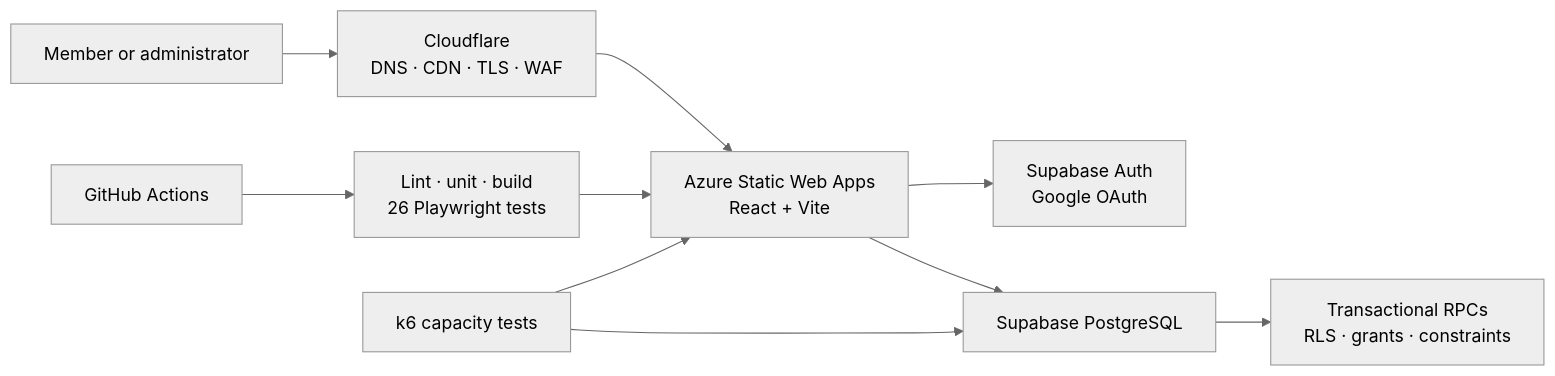
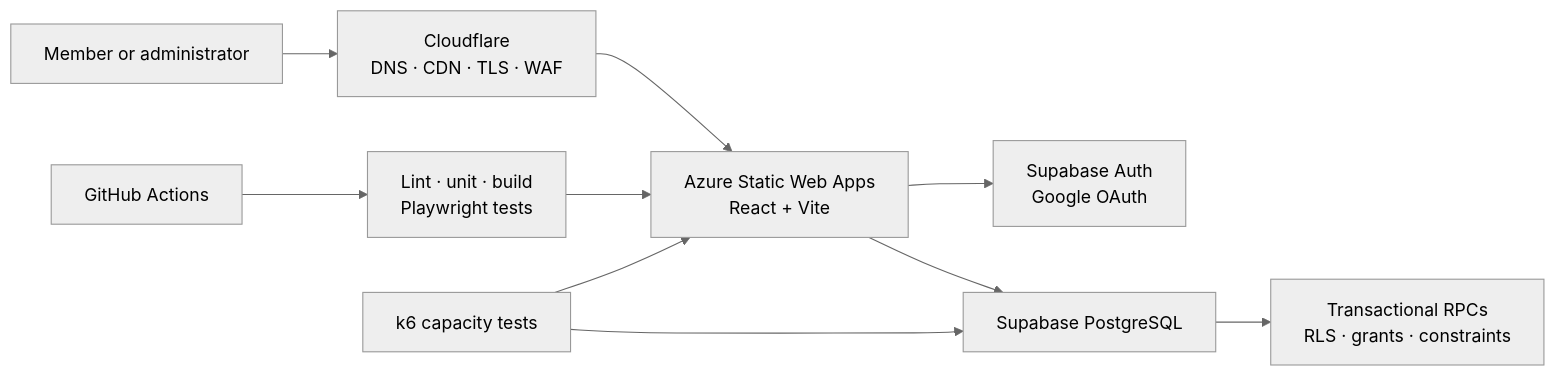
The diagram in README.md (adenstamm/alc-website), drawn with Mermaid (neutral theme) before and after one commit. The commit also changed other lines of this file and 104 other files, not shown here.

````diff
--- a/README.md
+++ b/README.md
@@ -53,12 +53,12 @@
 ```mermaid
 flowchart LR
     U["Member or administrator"] --> C["Cloudflare<br/>DNS · CDN · TLS · WAF"]
     C --> A["Azure Static Web Apps<br/>React + Vite"]
     A --> S["Supabase Auth<br/>Google OAuth"]
     A --> P["Supabase PostgreSQL"]
     P --> R["Transactional RPCs<br/>RLS · grants · constraints"]
-    G["GitHub Actions"] --> T["Lint · unit · build<br/>26 Playwright tests"]
+    G["GitHub Actions"] --> T["Lint · unit · build<br/>Playwright tests"]
     T --> A
     K["k6 capacity tests"] --> A
     K --> P
 ```
````
